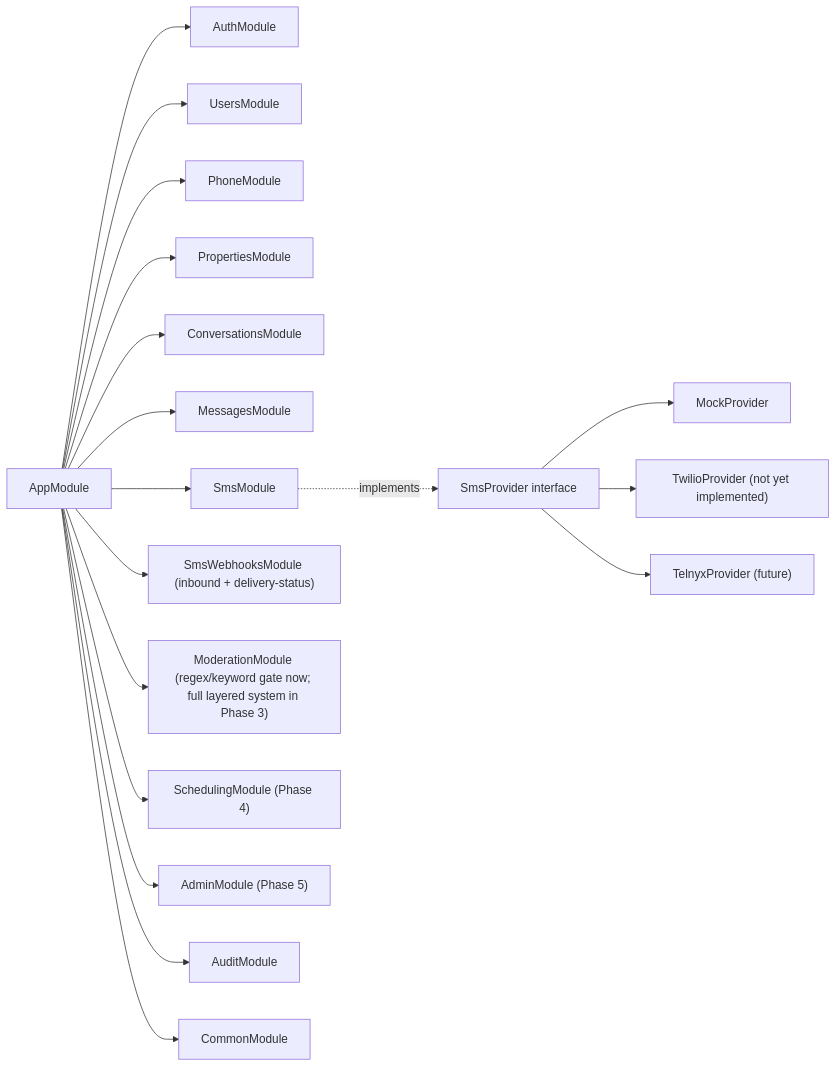
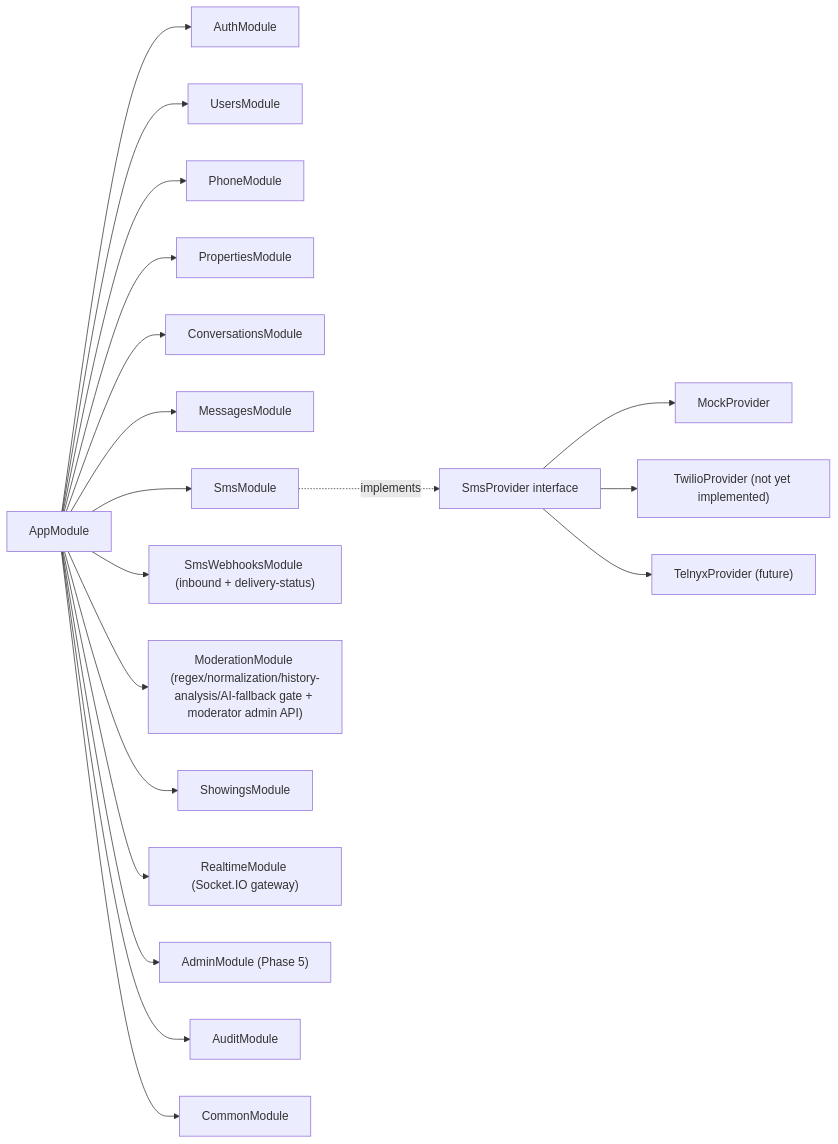
The second of 3 diagrams in docs/architecture.md (Bbillionaires/realestatemarketplace), drawn with Mermaid before and after one commit. The commit also changed 42 other files, not shown here.

````diff
--- a/docs/architecture.md
+++ b/docs/architecture.md
@@ -56,20 +56,21 @@
 ```mermaid
 flowchart LR
     AppModule --> AuthModule
     AppModule --> UsersModule
     AppModule --> PhoneModule
     AppModule --> PropertiesModule
     AppModule --> ConversationsModule
     AppModule --> MessagesModule
     AppModule --> SmsModule
     AppModule --> SmsWebhooksModule["SmsWebhooksModule (inbound + delivery-status)"]
-    AppModule --> ModerationModule["ModerationModule (regex/keyword gate now; full layered system in Phase 3)"]
-    AppModule --> SchedulingModule["SchedulingModule (Phase 4)"]
+    AppModule --> ModerationModule["ModerationModule (regex/normalization/history-analysis/AI-fallback gate + moderator admin API)"]
+    AppModule --> ShowingsModule
+    AppModule --> RealtimeModule["RealtimeModule (Socket.IO gateway)"]
     AppModule --> AdminModule["AdminModule (Phase 5)"]
     AppModule --> AuditModule
     AppModule --> CommonModule
     SmsModule -.implements.-> SmsProviderInterface["SmsProvider interface"]
     SmsProviderInterface --> MockProvider
     SmsProviderInterface --> TwilioProvider["TwilioProvider (not yet implemented)"]
     SmsProviderInterface --> TelnyxProvider["TelnyxProvider (future)"]
 ```
````
